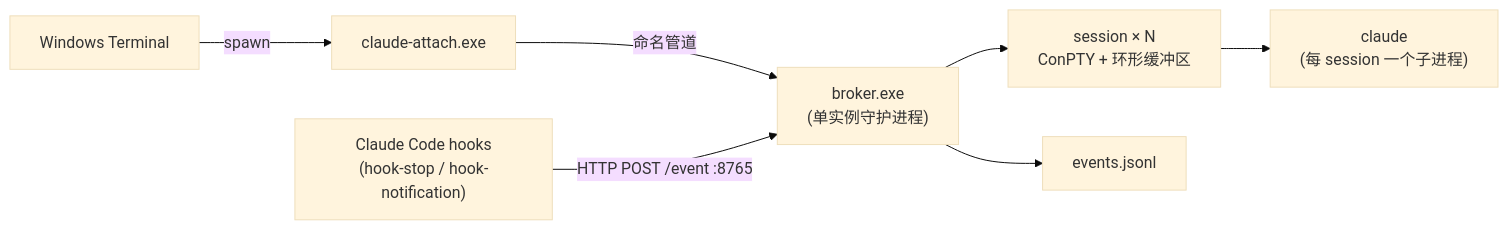
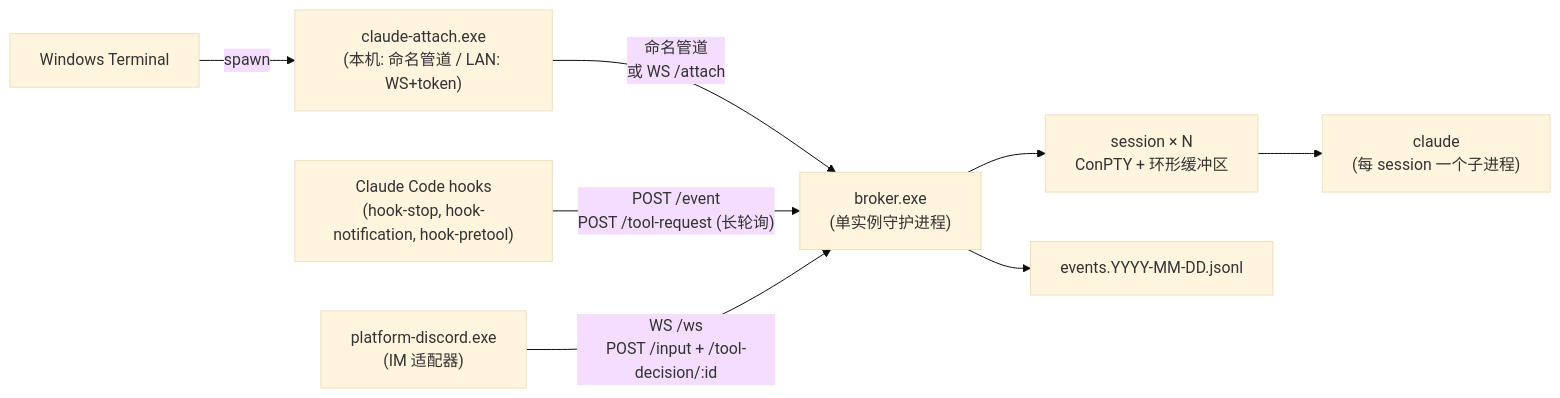
The diagram in README.zh-CN.md (TornLux/agentmux), drawn with Mermaid (base theme) before and after one commit. The commit also changed other lines of this file and 12 other files, not shown here.

````diff
--- a/README.zh-CN.md
+++ b/README.zh-CN.md
@@ -30,17 +47,19 @@
 ```mermaid
 flowchart LR
     Term["Windows Terminal"]
-    Hooks["Claude Code hooks<br/>(hook-stop / hook-notification)"]
-    Attach["claude-attach.exe"]
+    Hooks["Claude Code hooks<br/>(hook-stop, hook-notification, hook-pretool)"]
+    Attach["claude-attach.exe<br/>(本机: 命名管道 / LAN: WS+token)"]
+    Discord["platform-discord.exe<br/>(IM 适配器)"]
     Broker["broker.exe<br/>(单实例守护进程)"]
     Sess["session × N<br/>ConPTY + 环形缓冲区"]
     Claude["claude<br/>(每 session 一个子进程)"]
-    Events["events.jsonl"]
+    Events["events.YYYY-MM-DD.jsonl"]
 
     Term -- "spawn" --> Attach
-    Attach -- "命名管道" --> Broker
-    Hooks -- "HTTP POST /event :8765" --> Broker
+    Attach -- "命名管道<br/>或 WS /attach" --> Broker
+    Hooks -- "POST /event<br/>POST /tool-request (长轮询)" --> Broker
+    Discord -- "WS /ws<br/>POST /input + /tool-decision/:id" --> Broker
     Broker --> Sess
     Sess --> Claude
     Broker --> Events
 ```
````
